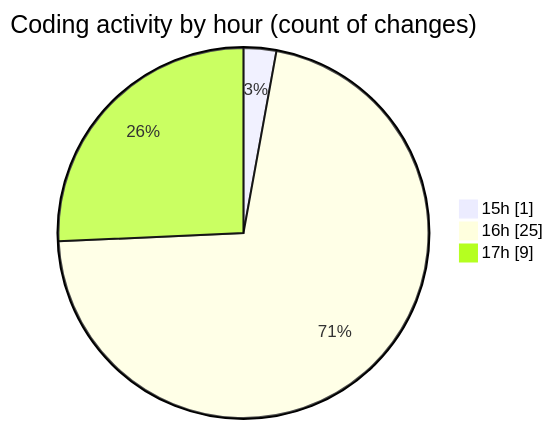
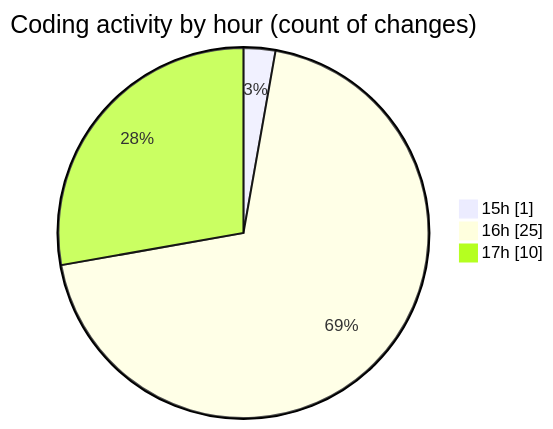
Before and after one commit to EIIisD/code-tracking: the second of 2 diagrams in 2025-07-21/fish/README.md, drawn with Mermaid. The commit also changed other lines of this file and 1 other file, not shown here.

````diff
--- a/2025-07-21/fish/README.md
+++ b/2025-07-21/fish/README.md
@@ -35,7 +35,7 @@
 ```mermaid
 pie showData
 title Coding activity by hour (count of changes)
 "15h" : 1
 "16h" : 25
-"17h" : 9
+"17h" : 10
 ```
````
